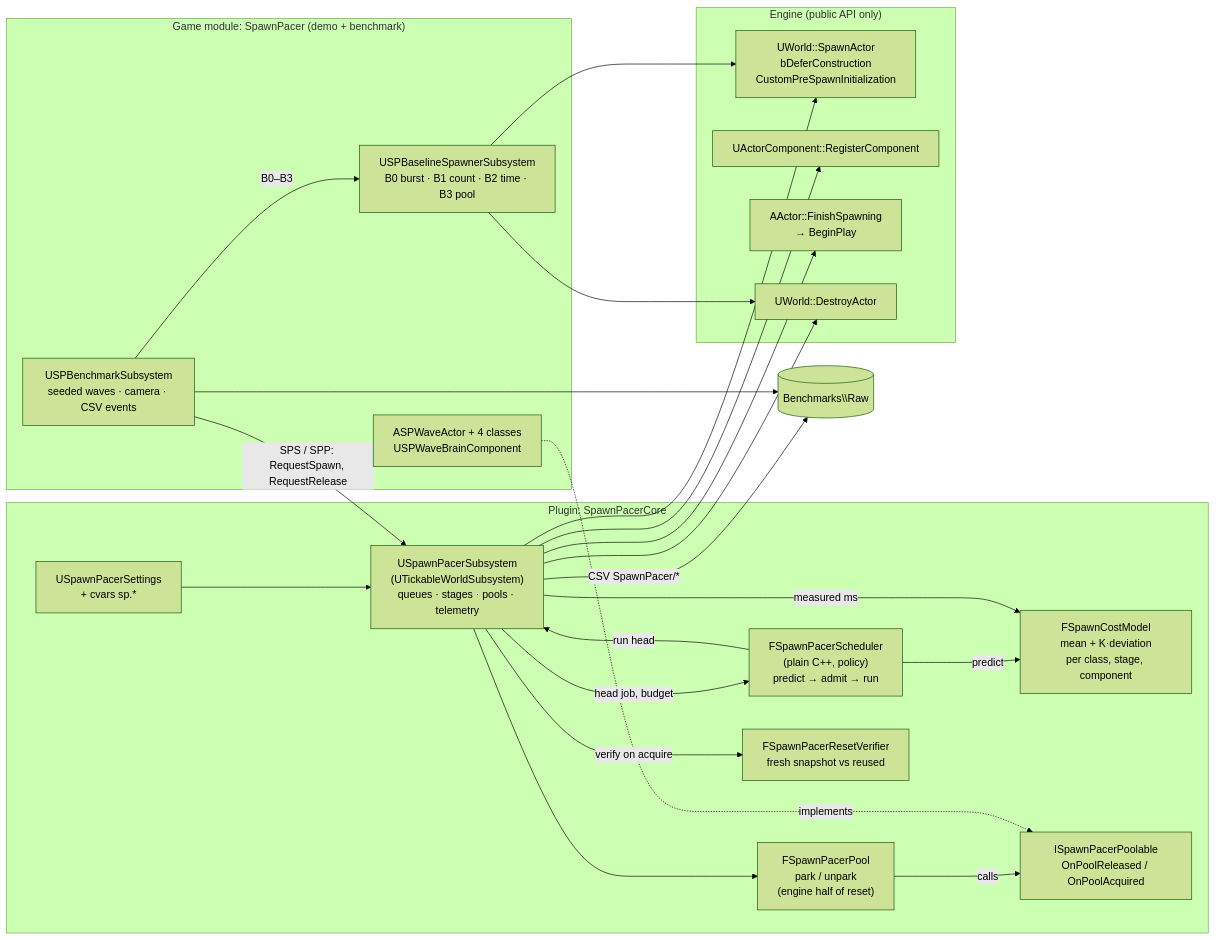
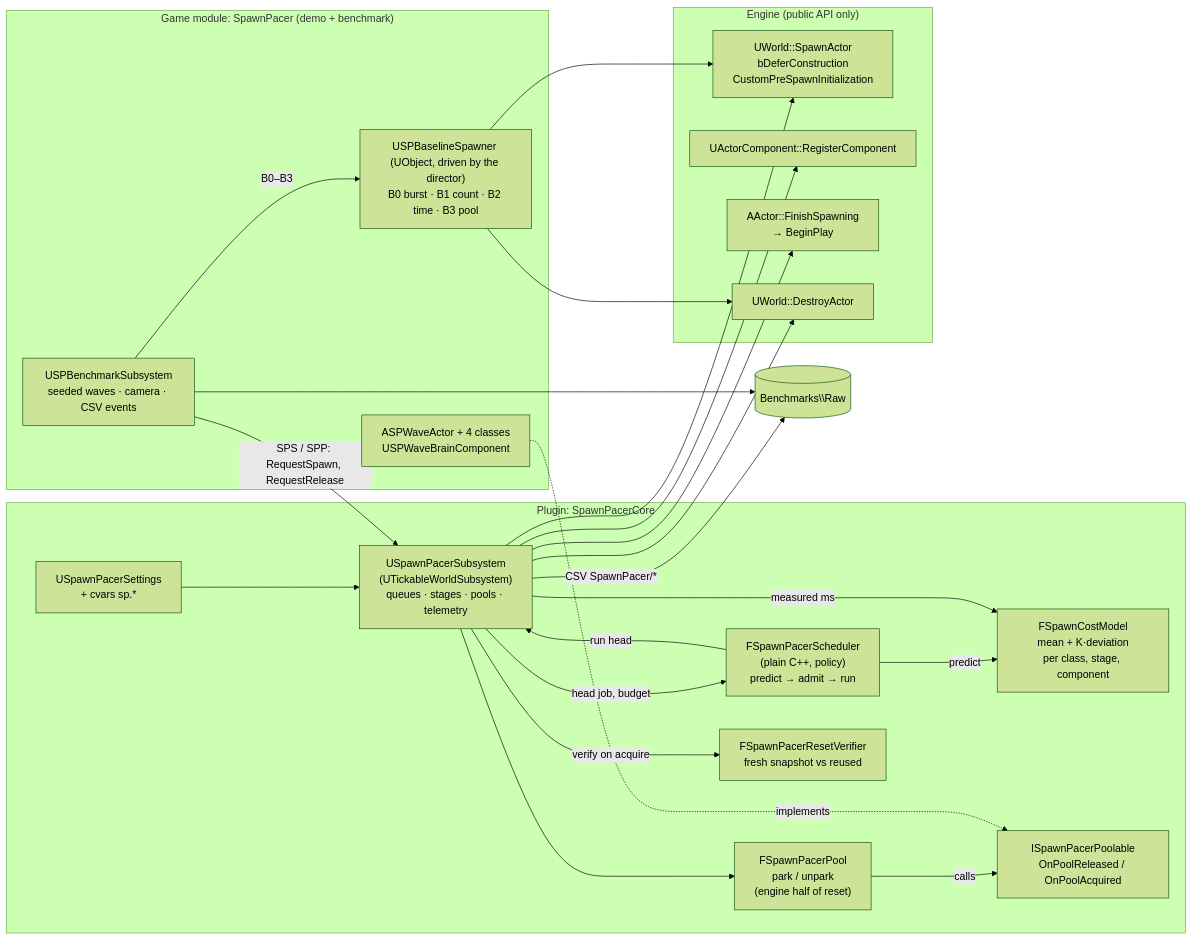
The first of 3 diagrams in Explanation/02_System_Architecture.md (KrishGangani/UE5-SpawnPacer), drawn with Mermaid (forest theme) before and after one commit. The commit also changed other lines of this file and 16 other files, not shown here.

````diff
--- a/Explanation/02_System_Architecture.md
+++ b/Explanation/02_System_Architecture.md
@@ -129,42 +129,42 @@
 ```mermaid
 flowchart LR
   subgraph Core["Plugin: SpawnPacerCore"]
     SUB["USpawnPacerSubsystem<br/>(UTickableWorldSubsystem)<br/>queues · stages · pools · telemetry"]
     SCH["FSpawnPacerScheduler<br/>(plain C++, policy)<br/>predict → admit → run"]
     COST["FSpawnCostModel<br/>mean + K·deviation<br/>per class, stage, component"]
     POOL["FSpawnPacerPool<br/>park / unpark<br/>(engine half of reset)"]
     VER["FSpawnPacerResetVerifier<br/>fresh snapshot vs reused"]
     IF["ISpawnPacerPoolable<br/>OnPoolReleased / OnPoolAcquired"]
     SET["USpawnPacerSettings<br/>+ cvars sp.*"]
   end
   subgraph Engine["Engine (public API only)"]
     SA["UWorld::SpawnActor<br/>bDeferConstruction<br/>CustomPreSpawnInitialization"]
     RC["UActorComponent::RegisterComponent"]
     FS["AActor::FinishSpawning<br/>→ BeginPlay"]
     DA["UWorld::DestroyActor"]
   end
   subgraph Game["Game module: SpawnPacer (demo + benchmark)"]
     DIR["USPBenchmarkSubsystem<br/>seeded waves · camera · CSV events"]
-    BASE["USPBaselineSpawnerSubsystem<br/>B0 burst · B1 count · B2 time · B3 pool"]
+    BASE["USPBaselineSpawner (UObject, driven by the director)<br/>B0 burst · B1 count · B2 time · B3 pool"]
     ACT["ASPWaveActor + 4 classes<br/>USPWaveBrainComponent"]
   end
   DIR -->|"SPS / SPP: RequestSpawn, RequestRelease"| SUB
   DIR -->|"B0–B3"| BASE
   SUB -->|"head job, budget"| SCH
   SCH -->|"predict"| COST
   SCH -->|"run head"| SUB
   SUB -->|"measured ms"| COST
   SUB --> SA
   SUB --> RC
   SUB --> FS
   SUB --> DA
   SUB --> POOL
   POOL -->|"calls"| IF
   SUB -->|"verify on acquire"| VER
   ACT -. "implements" .-> IF
   BASE --> SA
   BASE --> DA
   SET --> SUB
   SUB -->|"CSV SpawnPacer/*"| OUT[("Benchmarks\\Raw")]
   DIR --> OUT
 ```
````
